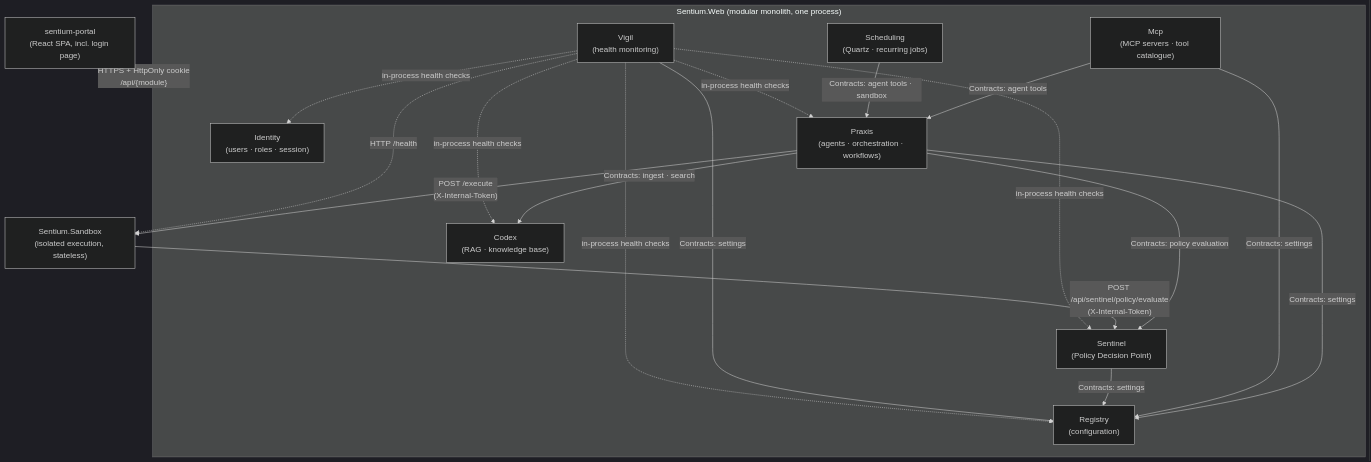
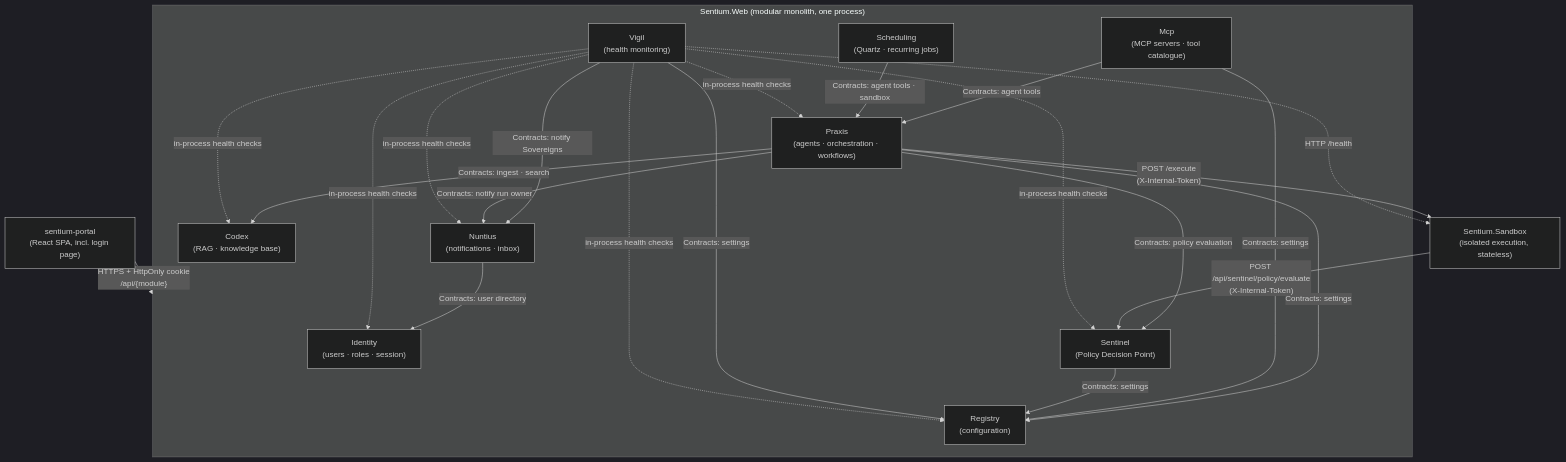
One commit to mihailshterev/sentium changed the diagram in docs/diagrams/structure-a-component-module-interactions.md. Above: the diagram before and after it, drawn with Mermaid (dark theme). The commit also changed other lines of this file and 96 other files, not shown here.

Commit message:
feat(nuntius): add notifications module with a live inbox (#177)

````diff
--- a/docs/diagrams/structure-a-component-module-interactions.md
+++ b/docs/diagrams/structure-a-component-module-interactions.md
@@ -1,38 +1,43 @@
 ```mermaid
 flowchart TB
     Portal["sentium-portal<br/>(React SPA, incl. login page)"]
 
     subgraph WEB["Sentium.Web (modular monolith, one process)"]
         ID["Identity<br/>(users · roles · session)"]
         REG["Registry<br/>(configuration)"]
         SEN["Sentinel<br/>(Policy Decision Point)"]
         CDX["Codex<br/>(RAG · knowledge base)"]
         PRX["Praxis<br/>(agents · orchestration · workflows)"]
         MCP["Mcp<br/>(MCP servers · tool catalogue)"]
         SCH["Scheduling<br/>(Quartz · recurring jobs)"]
         VIG["Vigil<br/>(health monitoring)"]
+        NUN["Nuntius<br/>(notifications · inbox)"]
     end
 
     SBX["Sentium.Sandbox<br/>(isolated execution, stateless)"]
 
     Portal -->|"HTTPS + HttpOnly cookie<br/>/api/{module}"| WEB
 
     PRX -->|"Contracts: settings"| REG
     PRX -->|"Contracts: policy evaluation"| SEN
     PRX -->|"Contracts: ingest · search"| CDX
     MCP -->|"Contracts: agent tools"| PRX
     MCP -->|"Contracts: settings"| REG
     SCH -->|"Contracts: agent tools · sandbox"| PRX
     SEN -->|"Contracts: settings"| REG
     VIG -->|"Contracts: settings"| REG
+    VIG -->|"Contracts: notify Sovereigns"| NUN
+    PRX -->|"Contracts: notify run owner"| NUN
+    NUN -->|"Contracts: user directory"| ID
 
     PRX -->|"POST /execute<br/>(X-Internal-Token)"| SBX
     SBX -->|"POST /api/sentinel/policy/evaluate<br/>(X-Internal-Token)"| SEN
 
     VIG -.->|"in-process health checks"| ID
     VIG -.->|"in-process health checks"| SEN
     VIG -.->|"in-process health checks"| PRX
     VIG -.->|"in-process health checks"| CDX
     VIG -.->|"in-process health checks"| REG
+    VIG -.->|"in-process health checks"| NUN
     VIG -.->|"HTTP /health"| SBX
 ```
````
